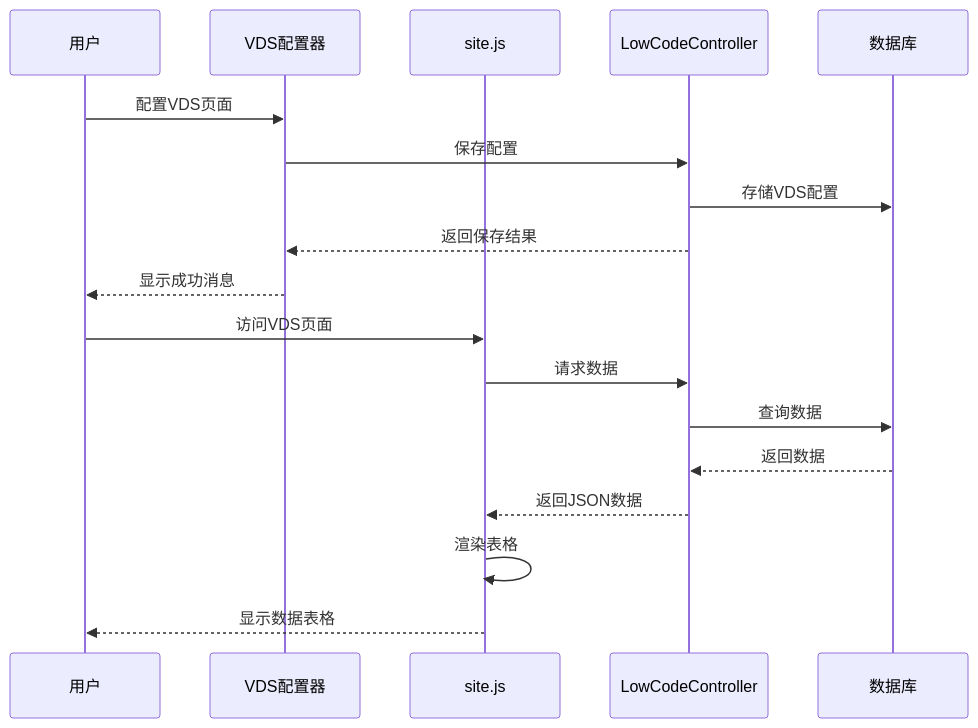
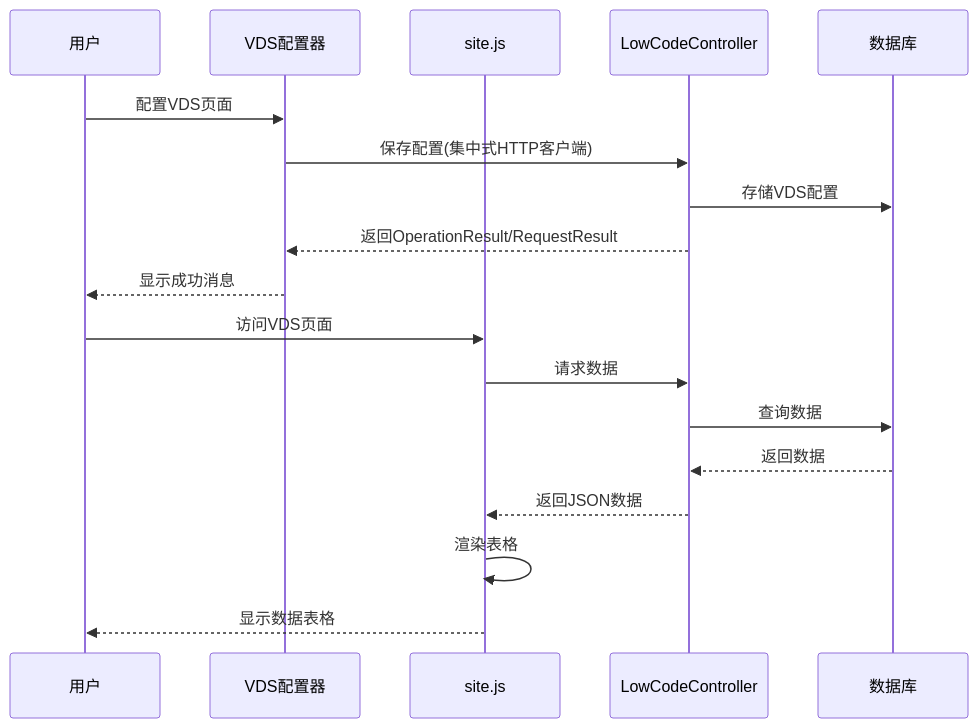
One commit to Sosososolong/AirGo changed the third of 21 diagrams in .qoder/repowiki/zh/content/VDS配置器JavaScript库.md. Above: the diagram before and after it, drawn with Mermaid. The commit also changed other lines of this file and 6 other files, not shown here.

````diff
--- a/.qoder/repowiki/zh/content/VDS配置器JavaScript库.md
+++ b/.qoder/repowiki/zh/content/VDS配置器JavaScript库.md
@@ -144,20 +150,20 @@
 ```mermaid
 sequenceDiagram
 participant User as 用户
 participant VdsConfig as VDS配置器
 participant SiteJS as site.js
 participant Controller as LowCodeController
 participant DB as 数据库
 User->>VdsConfig : 配置VDS页面
-VdsConfig->>Controller : 保存配置
+VdsConfig->>Controller : 保存配置(集中式HTTP客户端)
 Controller->>DB : 存储VDS配置
-Controller-->>VdsConfig : 返回保存结果
+Controller-->>VdsConfig : 返回OperationResult/RequestResult
 VdsConfig-->>User : 显示成功消息
 User->>SiteJS : 访问VDS页面
 SiteJS->>Controller : 请求数据
 Controller->>DB : 查询数据
 DB-->>Controller : 返回数据
 Controller-->>SiteJS : 返回JSON数据
 SiteJS->>SiteJS : 渲染表格
 SiteJS-->>User : 显示数据表格
 ```
````
